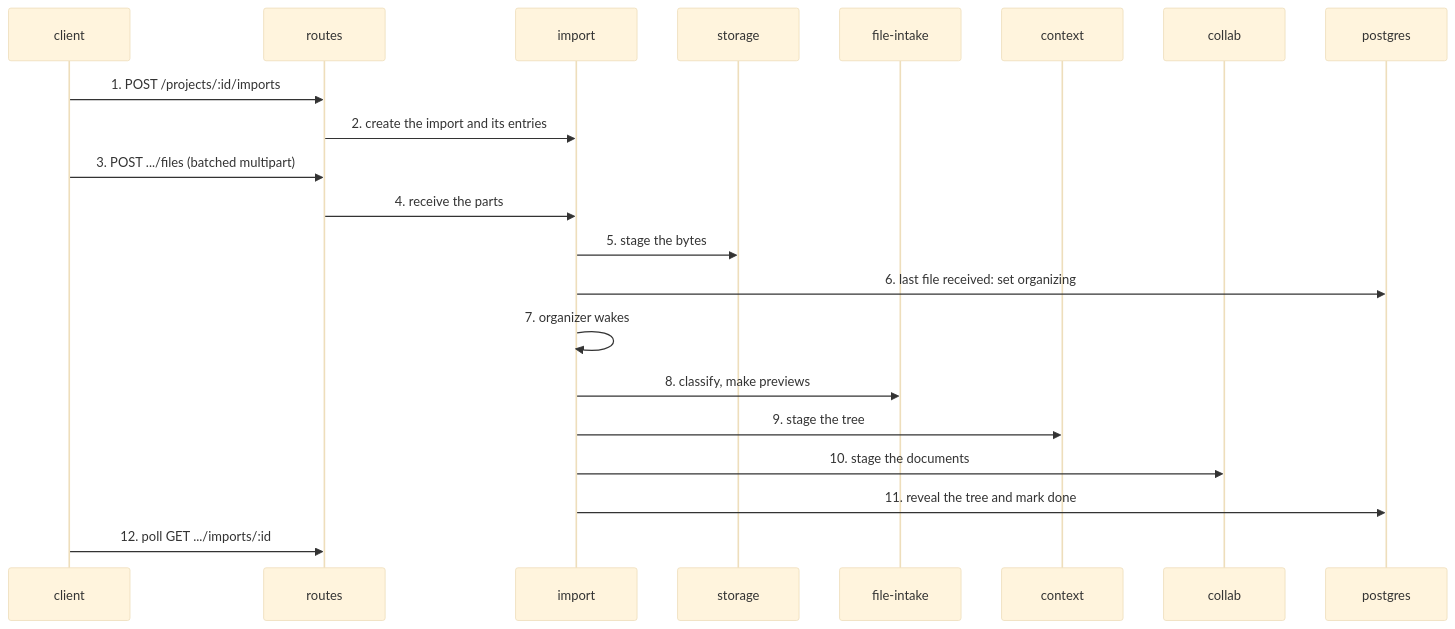
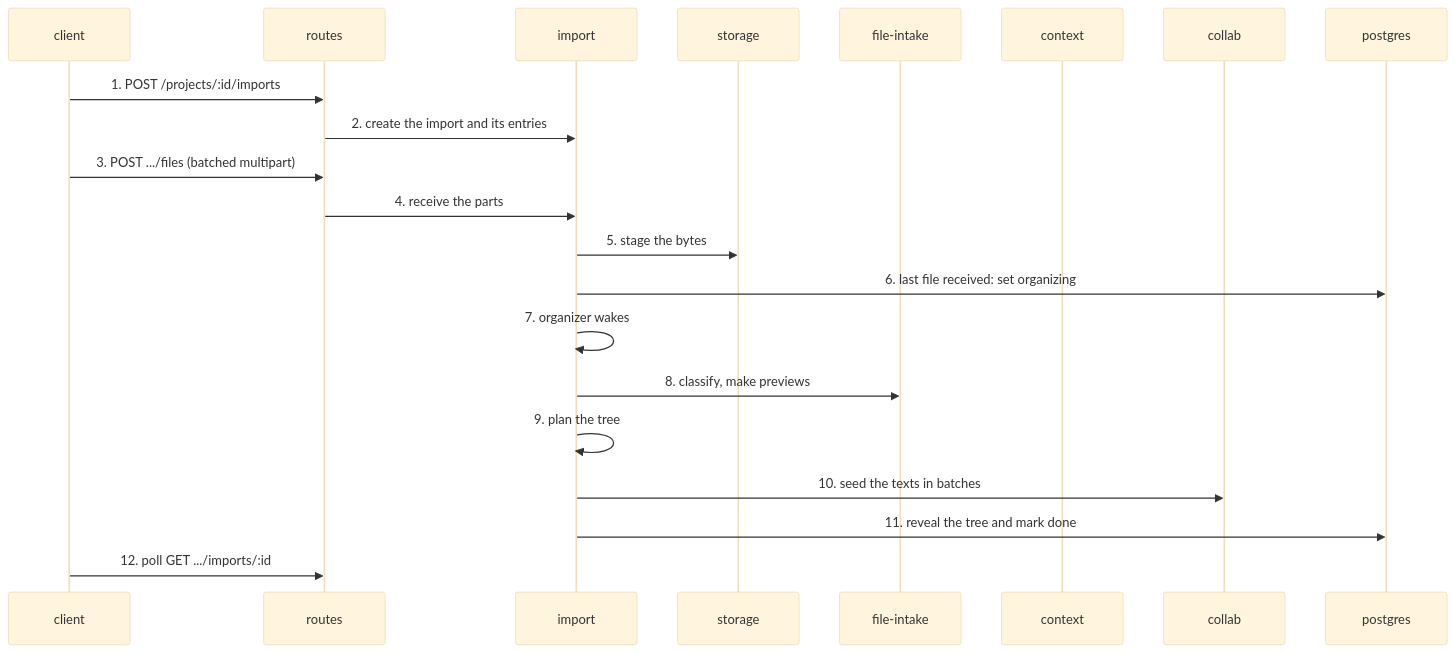
One commit to haowjy/meridian-flow changed the diagram in .context/system-architecture/flows/an-import.md. Above: the diagram before and after it, drawn with Mermaid (base theme). The commit also changed other lines of this file and 40 other files, not shown here.

````diff
--- a/.context/system-architecture/flows/an-import.md
+++ b/.context/system-architecture/flows/an-import.md
@@ -7,23 +7,23 @@
 ```mermaid
 sequenceDiagram
   participant client
   participant server-routes as routes
   participant server-files-import as import
   participant storage
   participant file-intake
   participant context
   participant collab
   participant postgres
   client->>server-routes: 1. POST /projects/:id/imports
   server-routes->>server-files-import: 2. create the import and its entries
   client->>server-routes: 3. POST .../files (batched multipart)
   server-routes->>server-files-import: 4. receive the parts
   server-files-import->>storage: 5. stage the bytes
   server-files-import->>postgres: 6. last file received: set organizing
   server-files-import->>server-files-import: 7. organizer wakes
   server-files-import->>file-intake: 8. classify, make previews
-  server-files-import->>context: 9. stage the tree
-  server-files-import->>collab: 10. stage the documents
+  server-files-import->>server-files-import: 9. plan the tree
+  server-files-import->>collab: 10. seed the texts in batches
   server-files-import->>postgres: 11. reveal the tree and mark done
   client->>server-routes: 12. poll GET .../imports/:id
 ```
````
